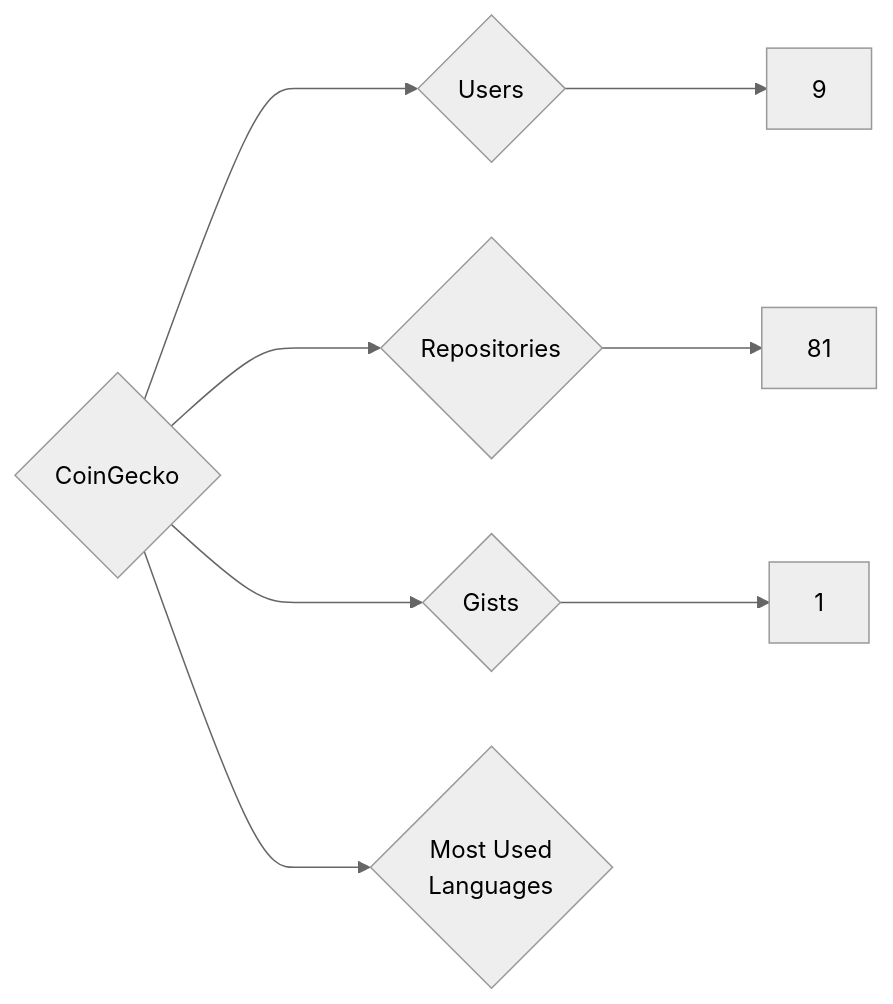
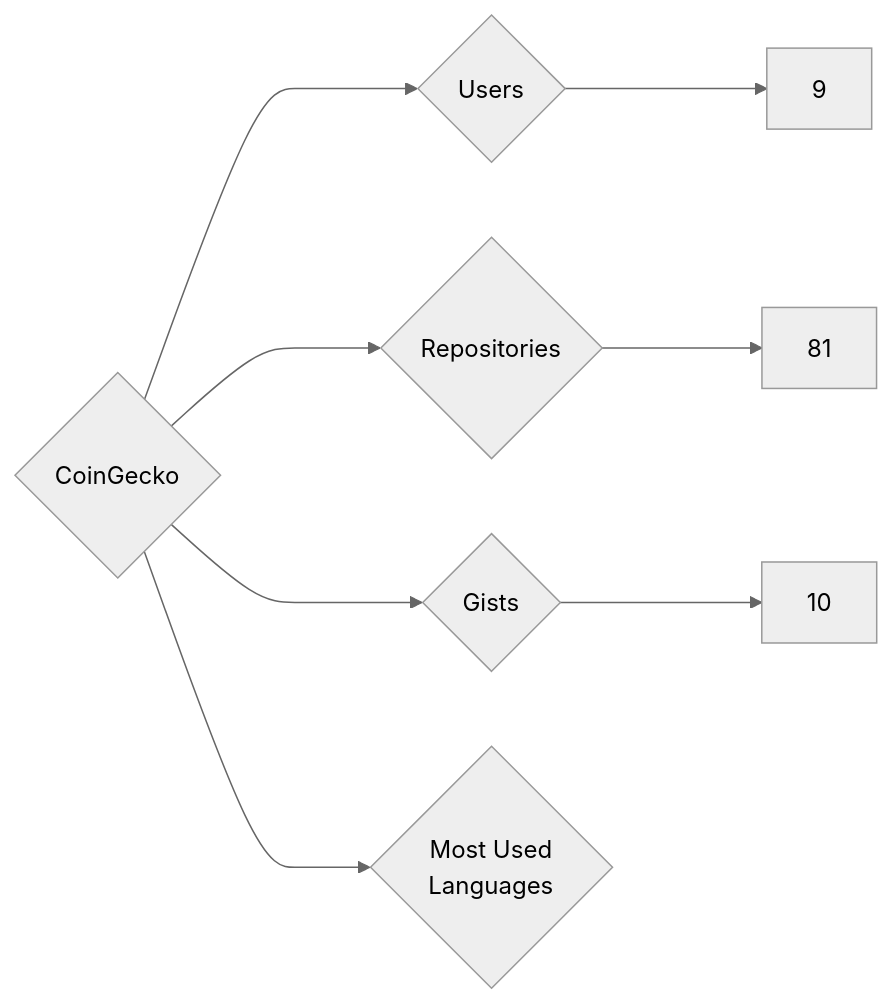
Before and after one commit to nenadzaric/insiders: the diagram in targets/CoinGecko/README.md, drawn with Mermaid (neutral theme). The commit also changed 1342 other files, not shown here.

````diff
--- a/targets/CoinGecko/README.md
+++ b/targets/CoinGecko/README.md
@@ -3,8 +3,8 @@
 ```mermaid
 graph LR
 COMPANY_NAME{CoinGecko}
 COMPANY_NAME ---> U{Users} ---> UN[9]
 COMPANY_NAME ---> R{Repositories} ---> RN[81]
-COMPANY_NAME ---> G{Gists} ---> GN[1]
+COMPANY_NAME ---> G{Gists} ---> GN[10]
 COMPANY_NAME ---> ML{Most Used<br>Languages}
 ```
````
